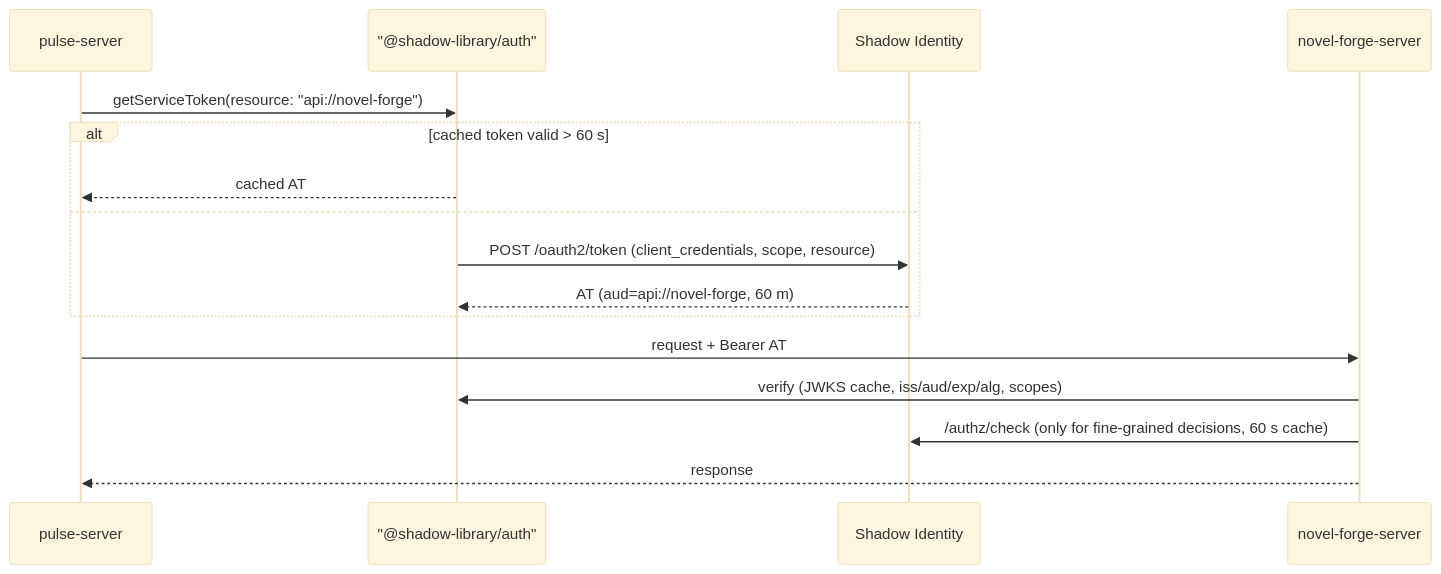
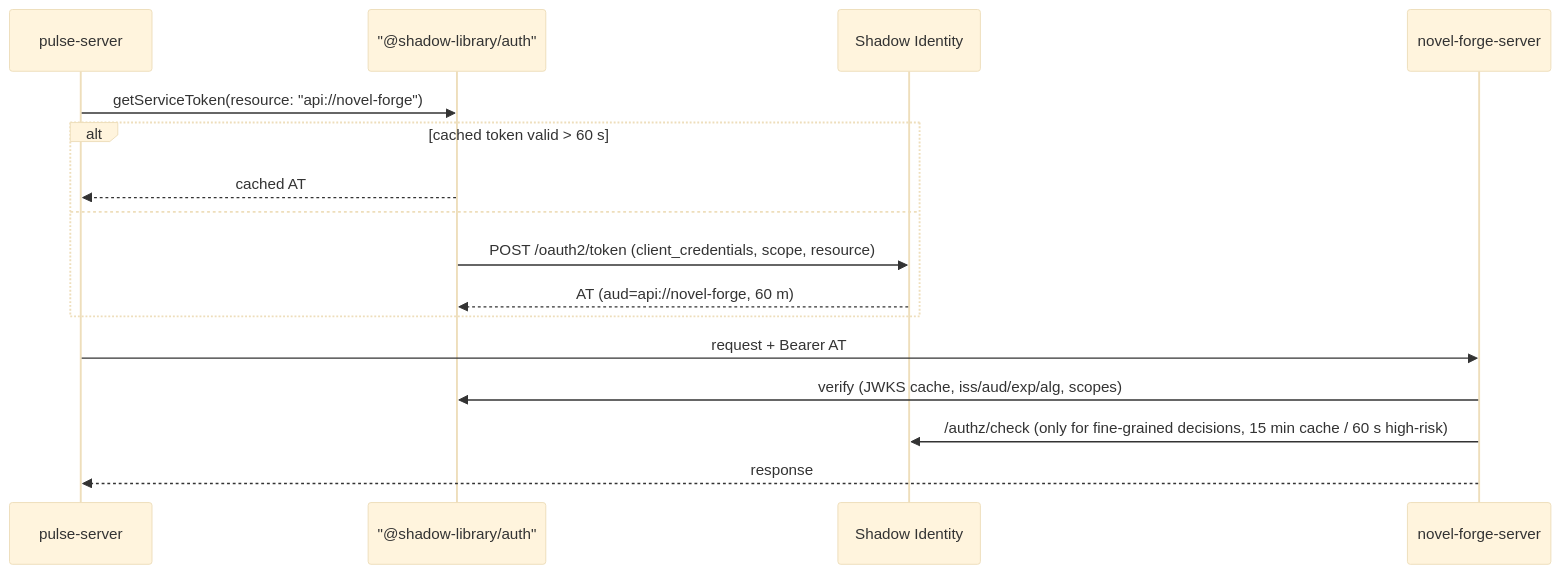
The third of 6 diagrams in apps/identity-server/docs/architecture.md (shadow-library/platform), drawn with Mermaid (base theme) before and after one commit. The commit also changed other lines of this file and 2 other files, not shown here.

First line of the commit message:
docs: document cache tradeoffs and role catalog sync

````diff
--- a/apps/identity-server/docs/architecture.md
+++ b/apps/identity-server/docs/architecture.md
@@ -376,18 +393,18 @@
 ```mermaid
 sequenceDiagram
   participant A as pulse-server
   participant SDK as "@shadow-library/auth"
   participant IdP as Shadow Identity
   participant Bsvc as novel-forge-server
   A->>SDK: getServiceToken(resource: "api://novel-forge")
   alt cached token valid > 60 s
     SDK-->>A: cached AT
   else
     SDK->>IdP: POST /oauth2/token (client_credentials, scope, resource)
     IdP-->>SDK: AT (aud=api://novel-forge, 60 m)
   end
   A->>Bsvc: request + Bearer AT
   Bsvc->>SDK: verify (JWKS cache, iss/aud/exp/alg, scopes)
-  Bsvc->>IdP: /authz/check (only for fine-grained decisions, 60 s cache)
+  Bsvc->>IdP: /authz/check (only for fine-grained decisions, 15 min cache / 60 s high-risk)
   Bsvc-->>A: response
 ```
````
